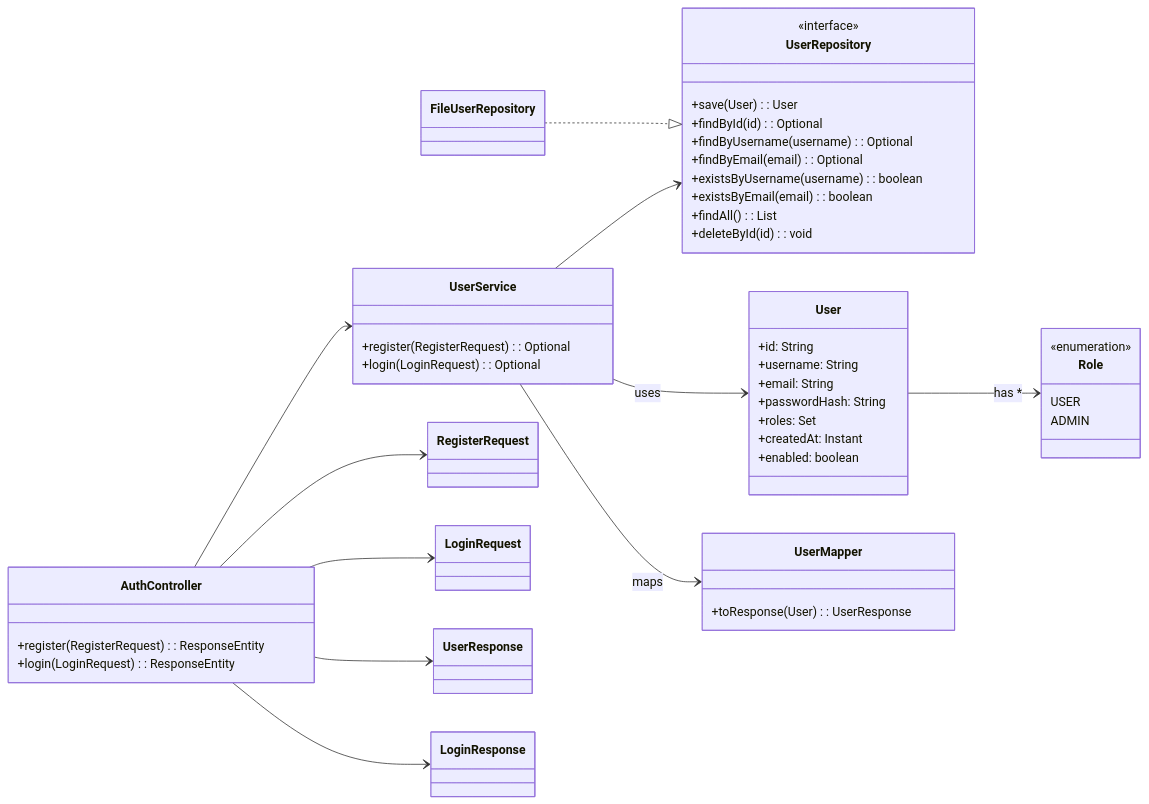
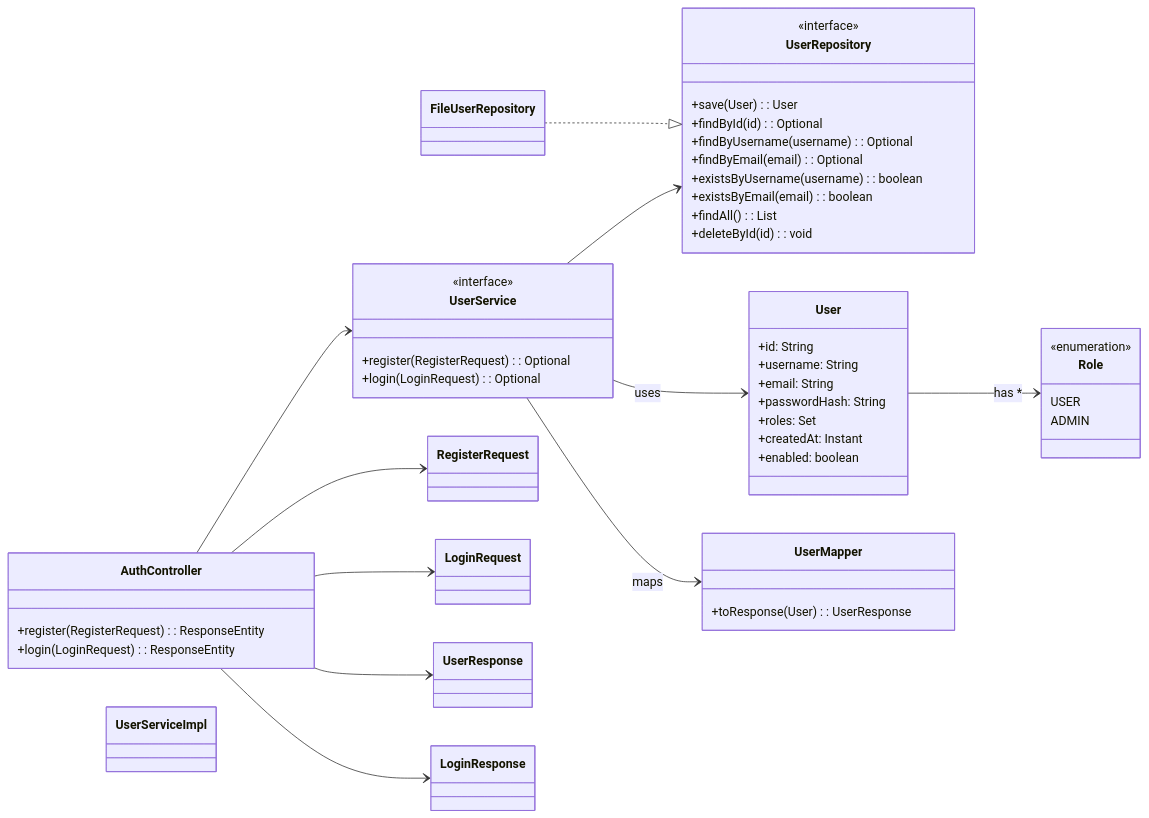
Before and after one commit to Curs-DevOps/Full-Labs: the second of 2 diagrams in Lab 4/CONTENTS.md, drawn with Mermaid. The commit also changed other lines of this file, not shown here.

````diff
--- a/Lab 4/CONTENTS.md
+++ b/Lab 4/CONTENTS.md
@@ -335,64 +338,68 @@
 ```mermaid
 classDiagram
     direction LR
 
     class AuthController {
         +register(RegisterRequest): ResponseEntity
         +login(LoginRequest): ResponseEntity
     }
 
     class UserService {
+        <<interface>>
         +register(RegisterRequest): Optional<UserResponse>
         +login(LoginRequest): Optional<UserResponse>
+    }
+
+    class UserServiceImpl {
     }
 
     class UserRepository {
         <<interface>>
         +save(User): User
         +findById(id): Optional<User>
         +findByUsername(username): Optional<User>
         +findByEmail(email): Optional<User>
         +existsByUsername(username): boolean
         +existsByEmail(email): boolean
         +findAll(): List<User>
         +deleteById(id): void
     }
 
     class FileUserRepository
     FileUserRepository ..|> UserRepository
 
     class User {
         +id: String
         +username: String
         +email: String
         +passwordHash: String
         +roles: Set<Role>
         +createdAt: Instant
         +enabled: boolean
     }
 
     class Role {
         <<enumeration>>
         USER
         ADMIN
     }
 
     class RegisterRequest
     class LoginRequest
     class UserResponse
     class LoginResponse
 
     class UserMapper {
         +toResponse(User): UserResponse
     }
 
     AuthController --> UserService
     UserService --> UserRepository
     UserService --> User : uses
     UserService --> UserMapper : maps
     AuthController --> RegisterRequest
     AuthController --> LoginRequest
     AuthController --> UserResponse
     AuthController --> LoginResponse
     User --> Role : has *
 ```
````
